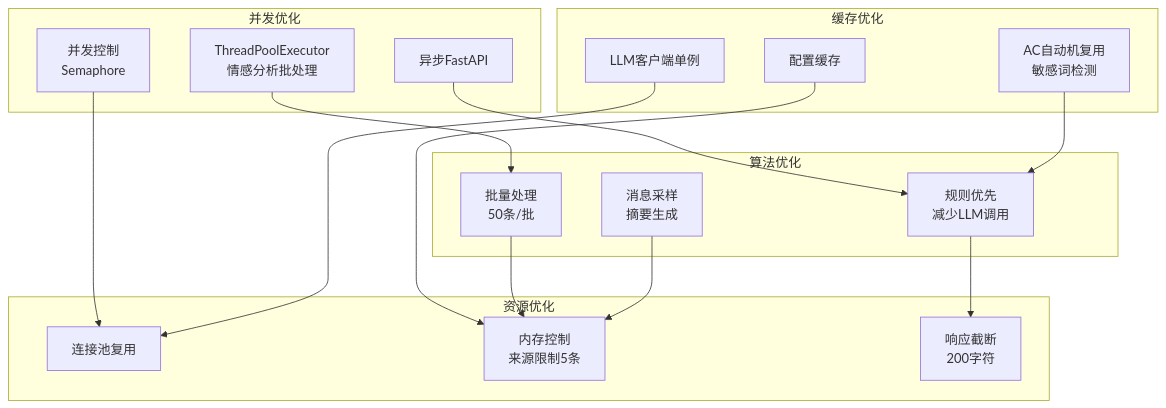
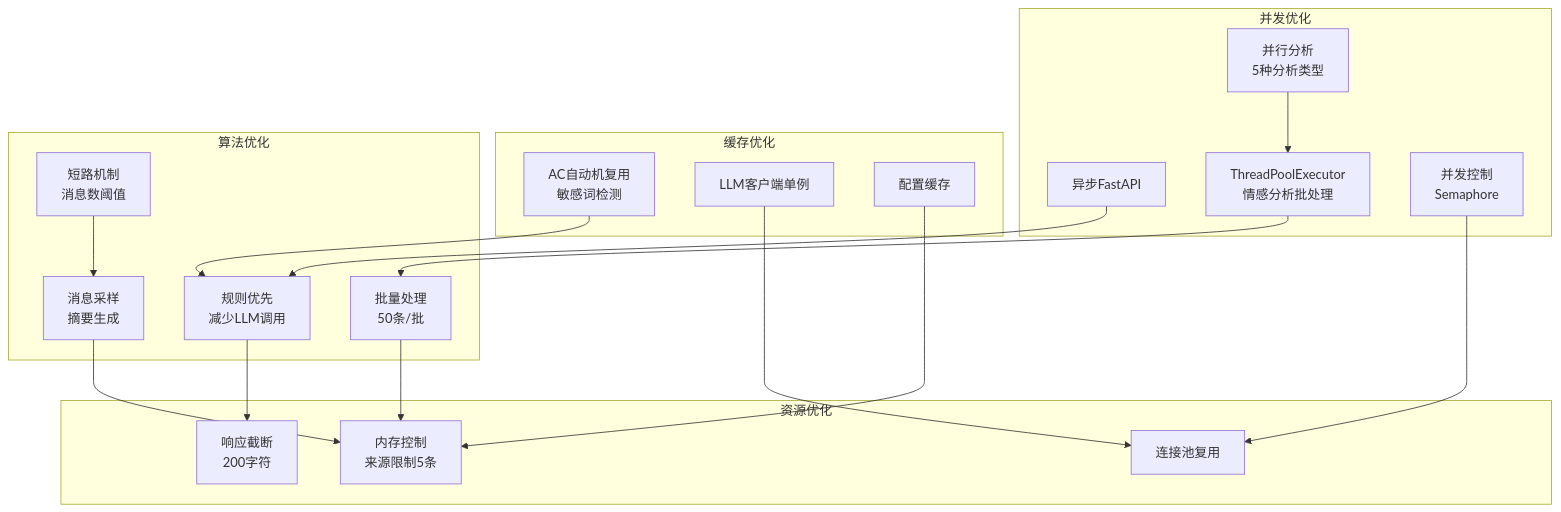
Before and after one commit to competition-W/wechat_analysis: the tenth of 10 diagrams in 系统架构图.md, drawn with Mermaid. The commit also changed other lines of this file and 28 other files, not shown here.

````diff
--- a/系统架构图.md
+++ b/系统架构图.md
@@ -499,38 +552,42 @@
 ```mermaid
 graph TB
     subgraph 并发优化
         C1[异步FastAPI]
         C2[ThreadPoolExecutor<br/>情感分析批处理]
         C3[并发控制<br/>Semaphore]
+        C4[并行分析<br/>5种分析类型]
     end
     
     subgraph 缓存优化
         H1[AC自动机复用<br/>敏感词检测]
         H2[LLM客户端单例]
         H3[配置缓存]
     end
     
     subgraph 算法优化
         A1[规则优先<br/>减少LLM调用]
         A2[批量处理<br/>50条/批]
         A3[消息采样<br/>摘要生成]
+        A4[短路机制<br/>消息数阈值]
     end
     
     subgraph 资源优化
         R1[连接池复用]
         R2[内存控制<br/>来源限制5条]
         R3[响应截断<br/>200字符]
     end
     
     C1 --> A1
     C2 --> A2
     C3 --> R1
+    C4 --> C2
     
     H1 --> A1
     H2 --> R1
     H3 --> R2
     
     A1 --> R3
     A2 --> R2
     A3 --> R2
+    A4 --> A3
 ```
````
